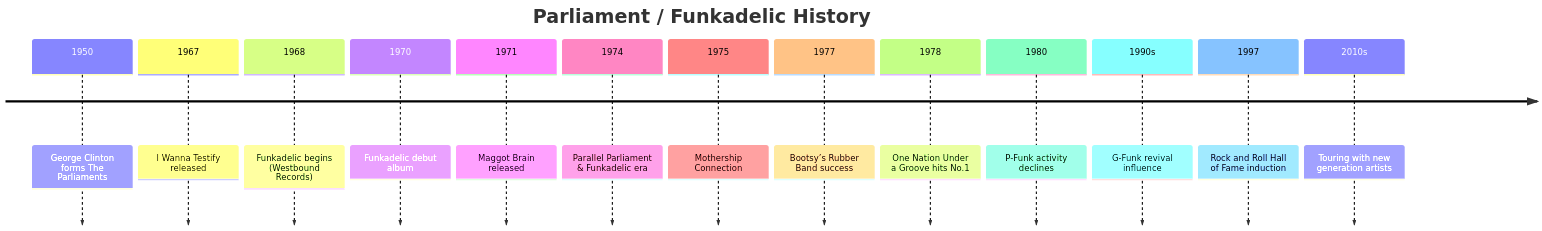
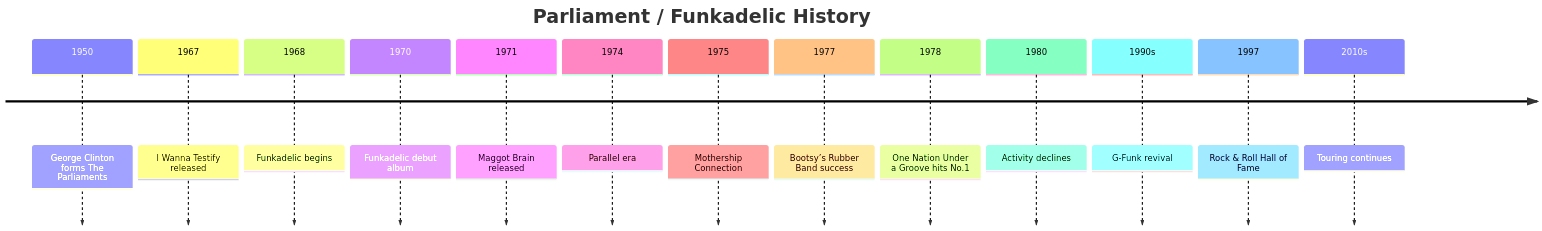
Before and after one commit to monumental-movement/monumental-movement.github.io: the third of 4 diagrams in _posts/2025-11-15-column-parliament-funkadelic.md, drawn with Mermaid. The commit also changed other lines of this file, not shown here.

```diff
--- a/_posts/2025-11-15-column-parliament-funkadelic.md
+++ b/_posts/2025-11-15-column-parliament-funkadelic.md
@@ -216,20 +216,17 @@
 <div class="mermaid">
-
 timeline
     title Parliament / Funkadelic History
-
     1950 : George Clinton forms The Parliaments
     1967 : I Wanna Testify released
-    1968 : Funkadelic begins (Westbound Records)
+    1968 : Funkadelic begins
     1970 : Funkadelic debut album
     1971 : Maggot Brain released
-    1974 : Parallel Parliament & Funkadelic era
+    1974 : Parallel era
     1975 : Mothership Connection
     1977 : Bootsy’s Rubber Band success
     1978 : One Nation Under a Groove hits No.1
-    1980 : P-Funk activity declines
-    1990s : G-Funk revival influence
-    1997 : Rock and Roll Hall of Fame induction
-    2010s : Touring with new generation artists
-
+    1980 : Activity declines
+    1990s : G-Funk revival
+    1997 : Rock & Roll Hall of Fame
+    2010s : Touring continues
 </div>
```
